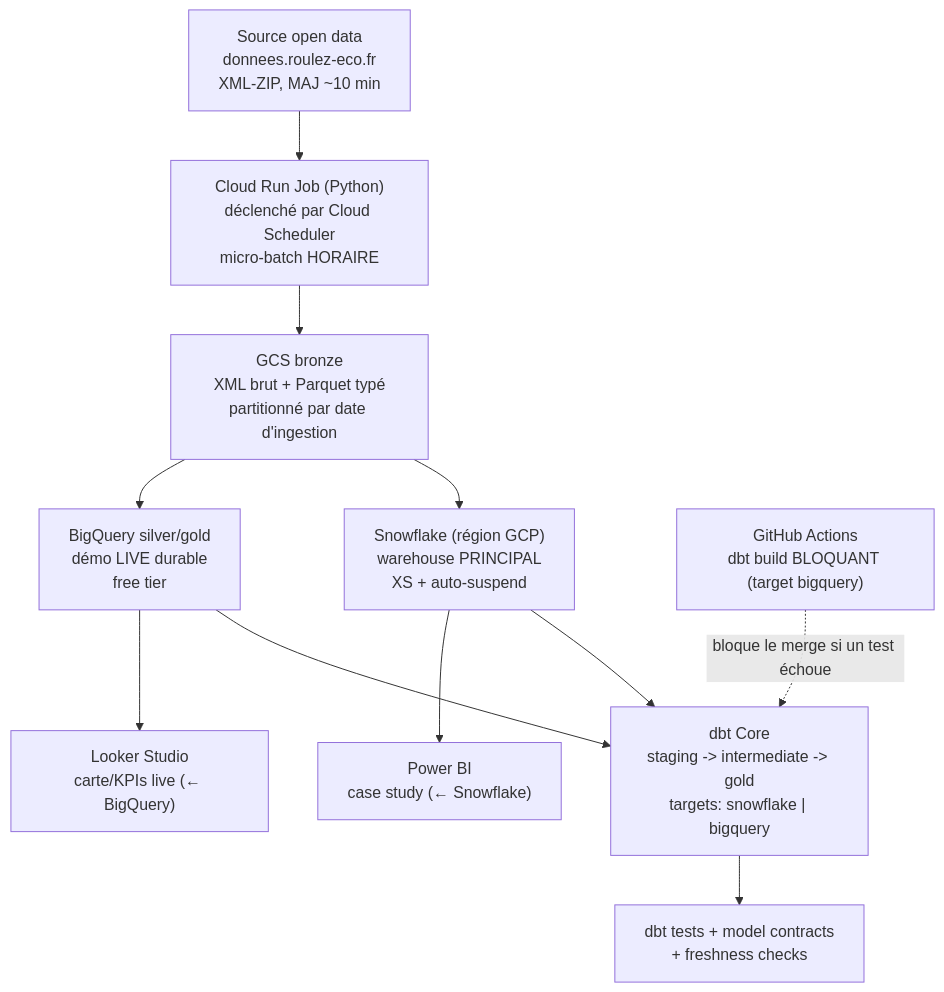
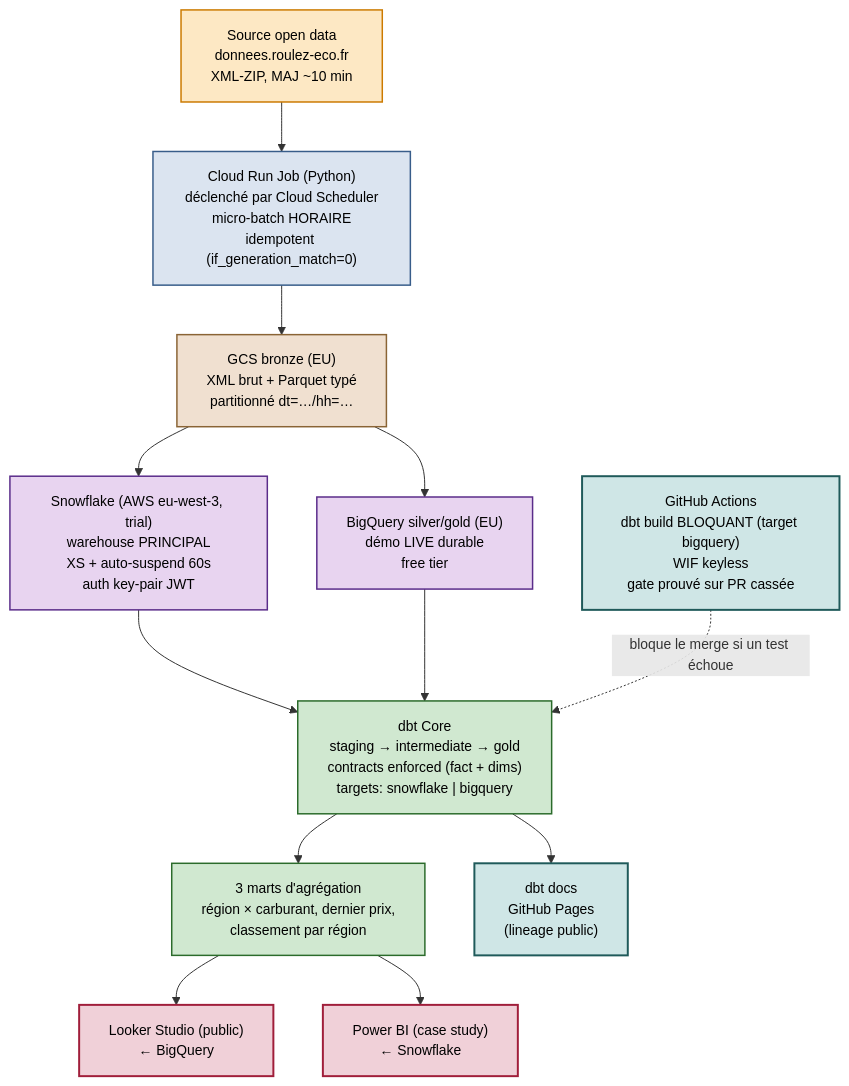
Before and after one commit to RaphaelDjaa71/fuelflow: the diagram in docs/architecture/fuelflow-architecture.mmd, drawn with Mermaid. The commit also changed 1 other file, not shown here.

Commit message:
docs: refresh architecture diagram with CI/CD and BI surfaces
The L0 diagram captured the bronze->warehouses->dbt->BI flow. L7 added
GitHub Actions + GitHub Pages, and L8 added the three aggregation marts
+ Looker Studio + Power BI. Reflecting those in the canonical PNG so
the diagram embedded in the README and the case study matches what the
project actually does.

Visible additions:
- GitHub Actions block ('dbt build BLOQUANT, WIF keyless, gate prouvé
  sur PR cassée') with the dashed 'bloque le merge si un test échoue'
  edge into the dbt block.
- dbt docs -> GitHub Pages node (lineage public).
- '3 marts d'agrégation (region x carburant, dernier prix, classement
  par region)' node fed by the gold tables.
- Looker Studio public (<- BigQuery) and Power BI case study
  (<- Snowflake) terminal nodes.
- Snowflake annotated 'AWS eu-west-3, trial' — keeping the project's
  honesty rule (never hide the trial).

Honesty check: still no 'real time' wording anywhere; the cadence node
remains 'micro-batch HORAIRE' with the explicit '~10 min' source
reference.

```diff
--- a/docs/architecture/fuelflow-architecture.mmd
+++ b/docs/architecture/fuelflow-architecture.mmd
@@ -1,21 +1,32 @@
+%%{init: {'theme': 'default', 'themeVariables': {'fontSize': '14px'}}}%%
 flowchart TD
-    SRC["Source open data<br/>donnees.roulez-eco.fr<br/>XML-ZIP, MAJ ~10 min"]
-    ING["Cloud Run Job (Python)<br/>déclenché par Cloud Scheduler<br/>micro-batch HORAIRE"]
-    GCS["GCS bronze<br/>XML brut + Parquet typé<br/>partitionné par date d'ingestion"]
-    SF["Snowflake (région GCP)<br/>warehouse PRINCIPAL<br/>XS + auto-suspend"]
-    BQ["BigQuery silver/gold<br/>démo LIVE durable<br/>free tier"]
-    DBT["dbt Core<br/>staging -> intermediate -> gold<br/>targets: snowflake | bigquery"]
-    TEST["dbt tests + model contracts<br/>+ freshness checks"]
-    PBI["Power BI<br/>case study (← Snowflake)"]
-    LS["Looker Studio<br/>carte/KPIs live (← BigQuery)"]
-    CI["GitHub Actions<br/>dbt build BLOQUANT (target bigquery)"]
+    SRC["Source open data<br/>donnees.roulez-eco.fr<br/>XML-ZIP, MAJ ~10 min"]:::source
+    ING["Cloud Run Job (Python)<br/>déclenché par Cloud Scheduler<br/>micro-batch HORAIRE<br/>idempotent (if_generation_match=0)"]:::compute
+    GCS["GCS bronze (EU)<br/>XML brut + Parquet typé<br/>partitionné dt=…/hh=…"]:::storage
+    SF["Snowflake (AWS eu-west-3, trial)<br/>warehouse PRINCIPAL<br/>XS + auto-suspend 60s<br/>auth key-pair JWT"]:::wh
+    BQ["BigQuery silver/gold (EU)<br/>démo LIVE durable<br/>free tier"]:::wh
+    DBT["dbt Core<br/>staging → intermediate → gold<br/>contracts enforced (fact + dims)<br/>targets: snowflake | bigquery"]:::transform
+    AGG["3 marts d'agrégation<br/>région × carburant, dernier prix,<br/>classement par région"]:::transform
+    CI["GitHub Actions<br/>dbt build BLOQUANT (target bigquery)<br/>WIF keyless<br/>gate prouvé sur PR cassée"]:::cicd
+    PAGES["dbt docs<br/>GitHub Pages<br/>(lineage public)"]:::cicd
+    PBI["Power BI (case study)<br/>← Snowflake"]:::bi
+    LS["Looker Studio (public)<br/>← BigQuery"]:::bi
 
     SRC --> ING --> GCS
     GCS --> SF
     GCS --> BQ
     SF --> DBT
     BQ --> DBT
-    DBT --> TEST
-    SF --> PBI
-    BQ --> LS
+    DBT --> AGG
     CI -. bloque le merge si un test échoue .-> DBT
+    DBT --> PAGES
+    AGG --> LS
+    AGG --> PBI
+
+    classDef source fill:#fde8c4,stroke:#cc7a00,color:#000,stroke-width:1.5px
+    classDef compute fill:#dbe4f0,stroke:#385d8a,color:#000,stroke-width:1.5px
+    classDef storage fill:#f0e0d0,stroke:#8a6435,color:#000,stroke-width:1.5px
+    classDef wh fill:#e8d4f0,stroke:#5a2c8a,color:#000,stroke-width:1.5px
+    classDef transform fill:#d0e8d0,stroke:#2b6b2b,color:#000,stroke-width:1.5px
+    classDef cicd fill:#cfe6e6,stroke:#1f5a5a,color:#000,stroke-width:2px
+    classDef bi fill:#f0d0d8,stroke:#a01e3a,color:#000,stroke-width:2px
```
